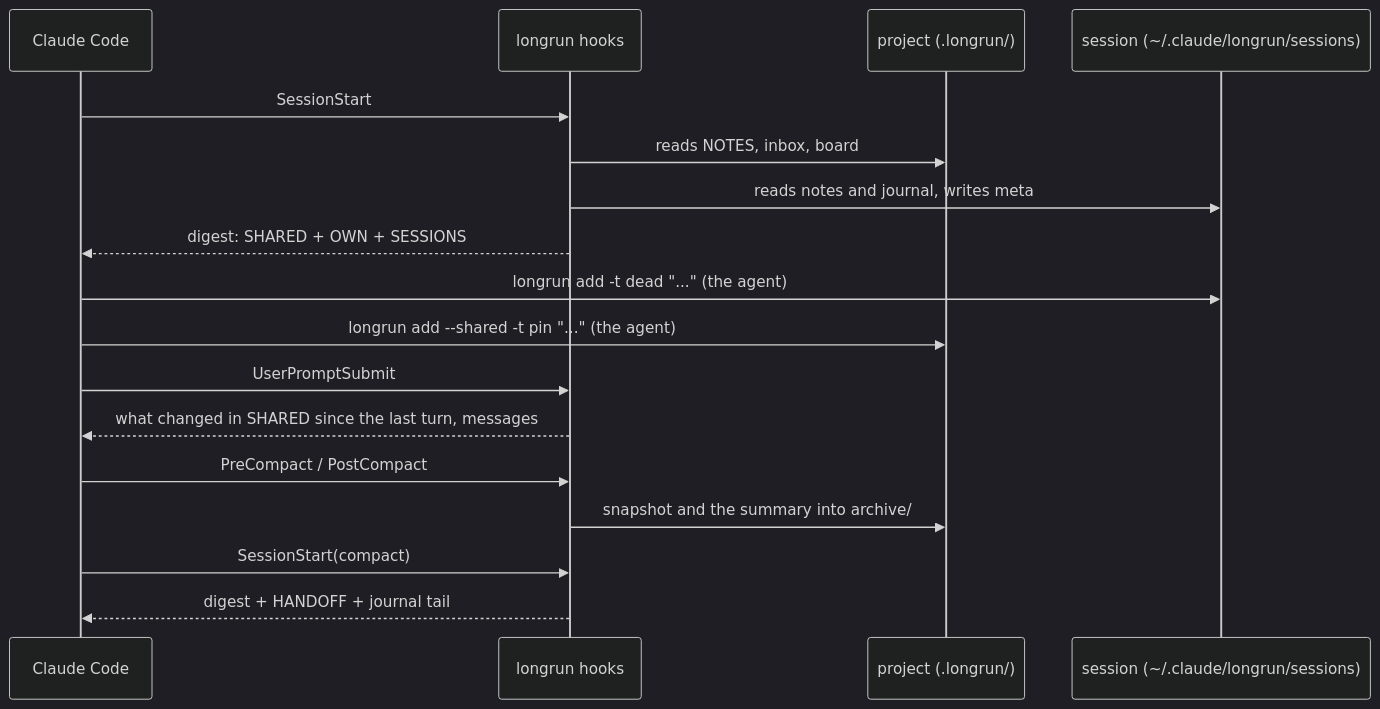
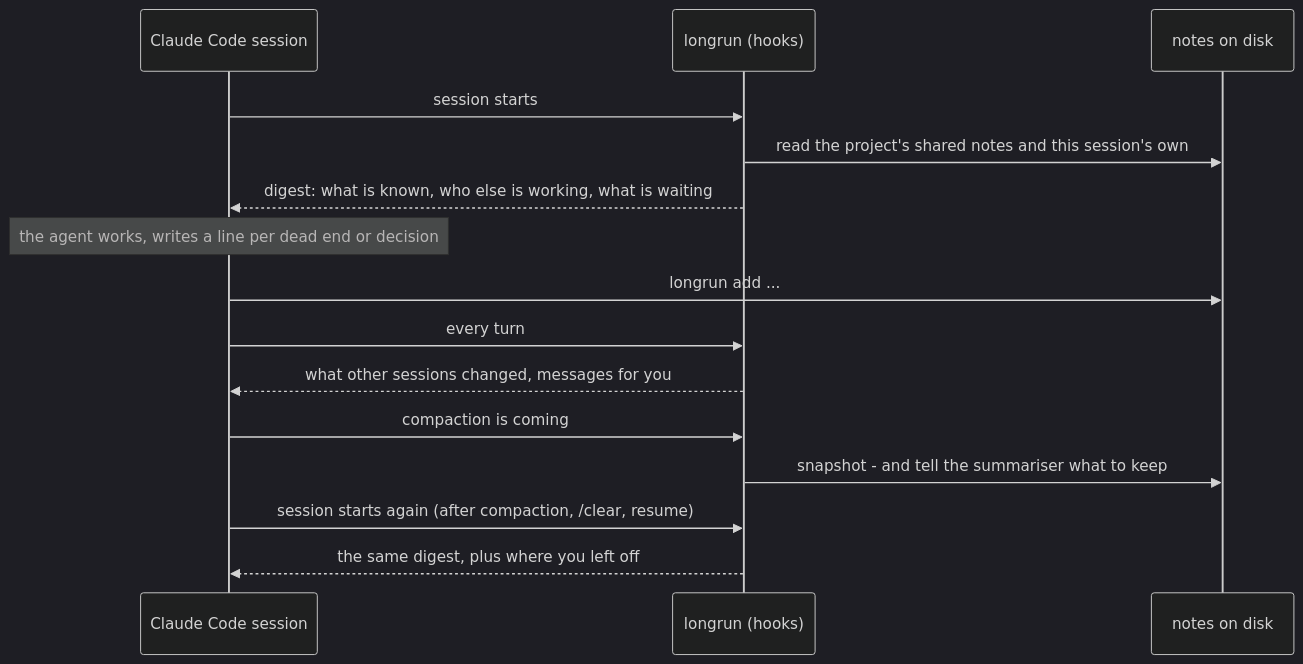
Before and after one commit to krllx/longrun: the diagram in README.md, drawn with Mermaid (dark theme). The commit also changed other lines of this file and 11 other files, not shown here.

````diff
--- a/README.md
+++ b/README.md
@@ -157,19 +151,17 @@
 ```mermaid
 sequenceDiagram
-    participant CC as Claude Code
-    participant H as longrun hooks
-    participant P as project (.longrun/)
-    participant S as session (~/.claude/longrun/sessions)
-    CC->>H: SessionStart
-    H->>P: reads NOTES, inbox, board
-    H->>S: reads notes and journal, writes meta
-    H-->>CC: digest: SHARED + OWN + SESSIONS
-    CC->>S: longrun add -t dead "..." (the agent)
-    CC->>P: longrun add --shared -t pin "..." (the agent)
-    CC->>H: UserPromptSubmit
-    H-->>CC: what changed in SHARED since the last turn, messages
-    CC->>H: PreCompact / PostCompact
-    H->>P: snapshot and the summary into archive/
-    CC->>H: SessionStart(compact)
-    H-->>CC: digest + HANDOFF + journal tail
+    participant S as Claude Code session
+    participant L as longrun (hooks)
+    participant D as notes on disk
+    S->>L: session starts
+    L->>D: read the project's shared notes and this session's own
+    L-->>S: digest: what is known, who else is working, what is waiting
+    Note over S: the agent works, writes a line per dead end or decision
+    S->>D: longrun add ...
+    S->>L: every turn
+    L-->>S: what other sessions changed, messages for you
+    S->>L: compaction is coming
+    L->>D: snapshot - and tell the summariser what to keep
+    S->>L: session starts again (after compaction, /clear, resume)
+    L-->>S: the same digest, plus where you left off
 ```
````
